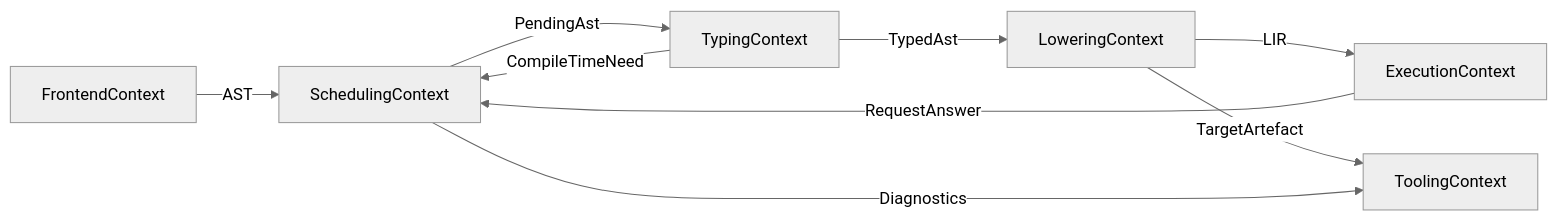
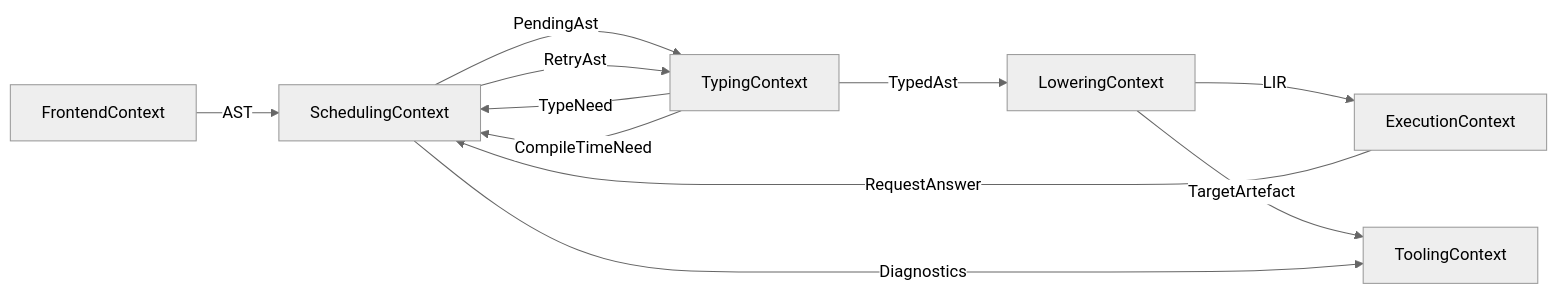
Before and after one commit to JakkuSakura/FerroPhase: the diagram in docs/DDD.md, drawn with Mermaid (neutral theme). The commit also changed other lines of this file and 26 other files, not shown here.

````diff
--- a/docs/DDD.md
+++ b/docs/DDD.md
@@ -94,11 +106,13 @@
 ```mermaid
 flowchart LR
     FrontendContext[FrontendContext] -->|AST| SchedulingContext[SchedulingContext]
     SchedulingContext -->|PendingAst| TypingContext[TypingContext]
+    TypingContext -->|TypeNeed| SchedulingContext
     TypingContext -->|CompileTimeNeed| SchedulingContext
     TypingContext -->|TypedAst| LoweringContext[LoweringContext]
     LoweringContext -->|LIR| ExecutionContext[ExecutionContext]
     ExecutionContext -->|RequestAnswer| SchedulingContext
+    SchedulingContext -->|RetryAst| TypingContext
     LoweringContext -->|TargetArtefact| ToolingContext[ToolingContext]
     SchedulingContext -->|Diagnostics| ToolingContext
 ```
````
